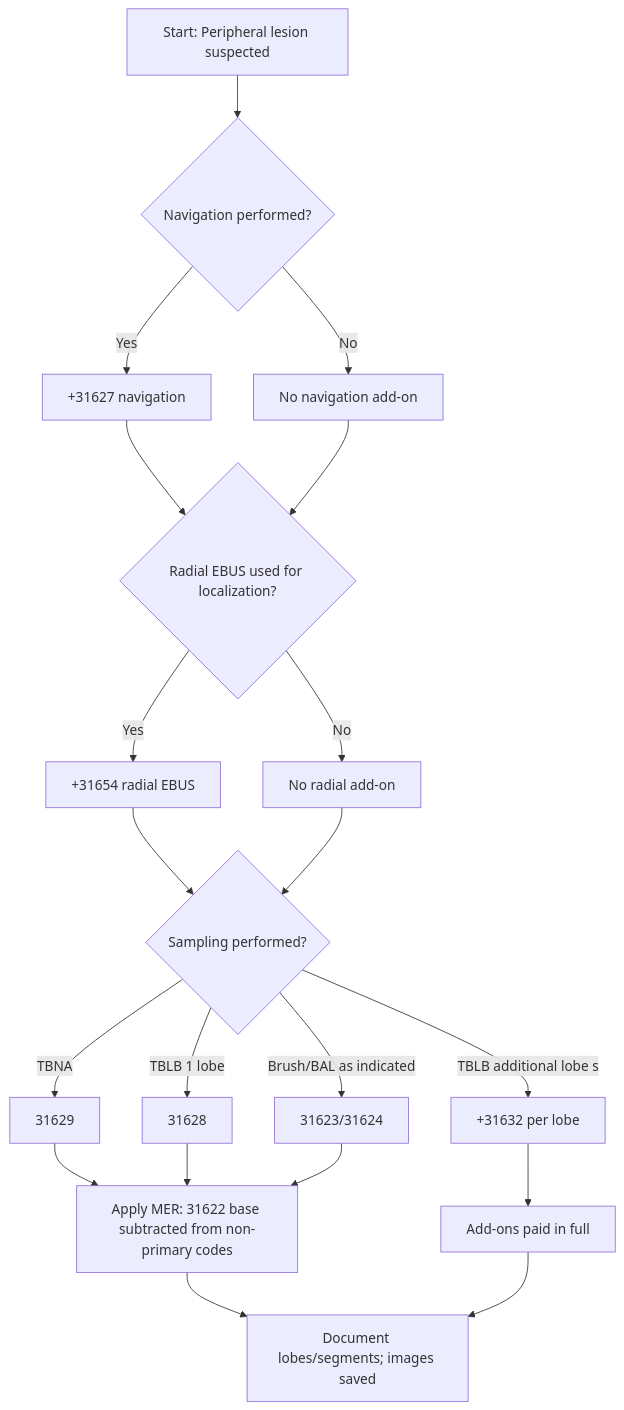
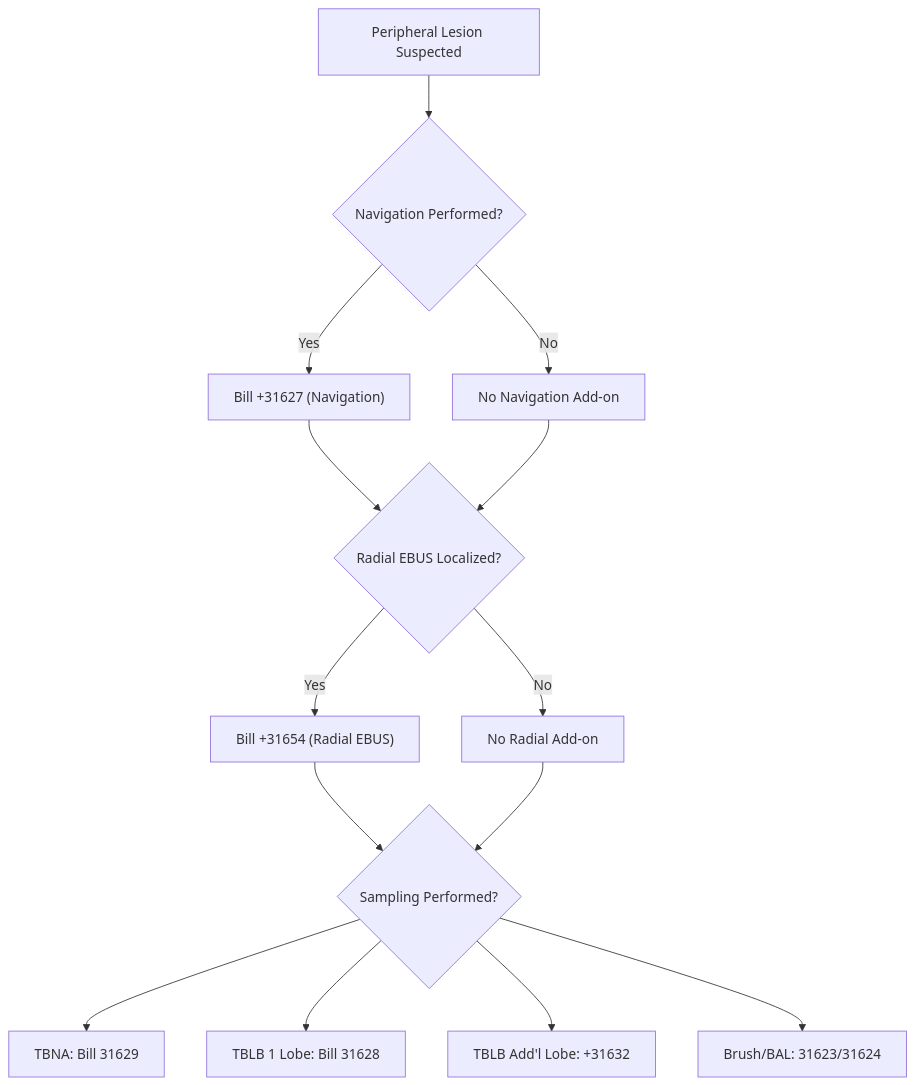
The first of 2 diagrams in content/modules/board/coding-and-billing.mdx (russellmiller49/Interventional-Pulm-Education-Project), drawn with Mermaid before and after one commit. The commit also changed other lines of this file and 45 other files, not shown here.

````diff
--- a/content/modules/board/coding-and-billing.mdx
+++ b/content/modules/board/coding-and-billing.mdx
@@ -108,22 +99,16 @@
 ```mermaid
-flowchart TD
-A[Start: Peripheral lesion suspected] --> B{Navigation performed?}
-B -->|Yes| C[+31627 navigation]
-B -->|No| D[No navigation add-on]
-C --> E{Radial EBUS used for localization?}
-D --> E
-E -->|Yes| F[+31654 radial EBUS]
-E -->|No| G[No radial add-on]
-F --> H{Sampling performed?}
-G --> H
-H -->|TBNA| I[31629]
-H -->|TBLB 1 lobe| J[31628]
-H -->|TBLB additional lobe s| K[+31632 per lobe]
-H -->|Brush/BAL as indicated| L[31623/31624]
-I --> M[Apply MER: 31622 base subtracted from non-primary codes]
-J --> M
-L --> M
-K --> N[Add-ons paid in full]
-M --> O[Document lobes/segments; images saved]
-N --> O
+graph TD
+        A["Peripheral Lesion Suspected"] --> B{"Navigation Performed?"}
+        B -- Yes --> C["Bill +31627 (Navigation)"]
+        B -- No --> D["No Navigation Add-on"]
+        C --> E{"Radial EBUS Localized?"}
+        D --> E
+        E -- Yes --> F["Bill +31654 (Radial EBUS)"]
+        E -- No --> G["No Radial Add-on"]
+        F --> H{"Sampling Performed?"}
+        G --> H
+        H --> I["TBNA: Bill 31629"]
+        H --> J["TBLB 1 Lobe: Bill 31628"]
+        H --> K["TBLB Add'l Lobe: +31632"]
+        H --> L["Brush/BAL: 31623/31624"]
 ```
````
